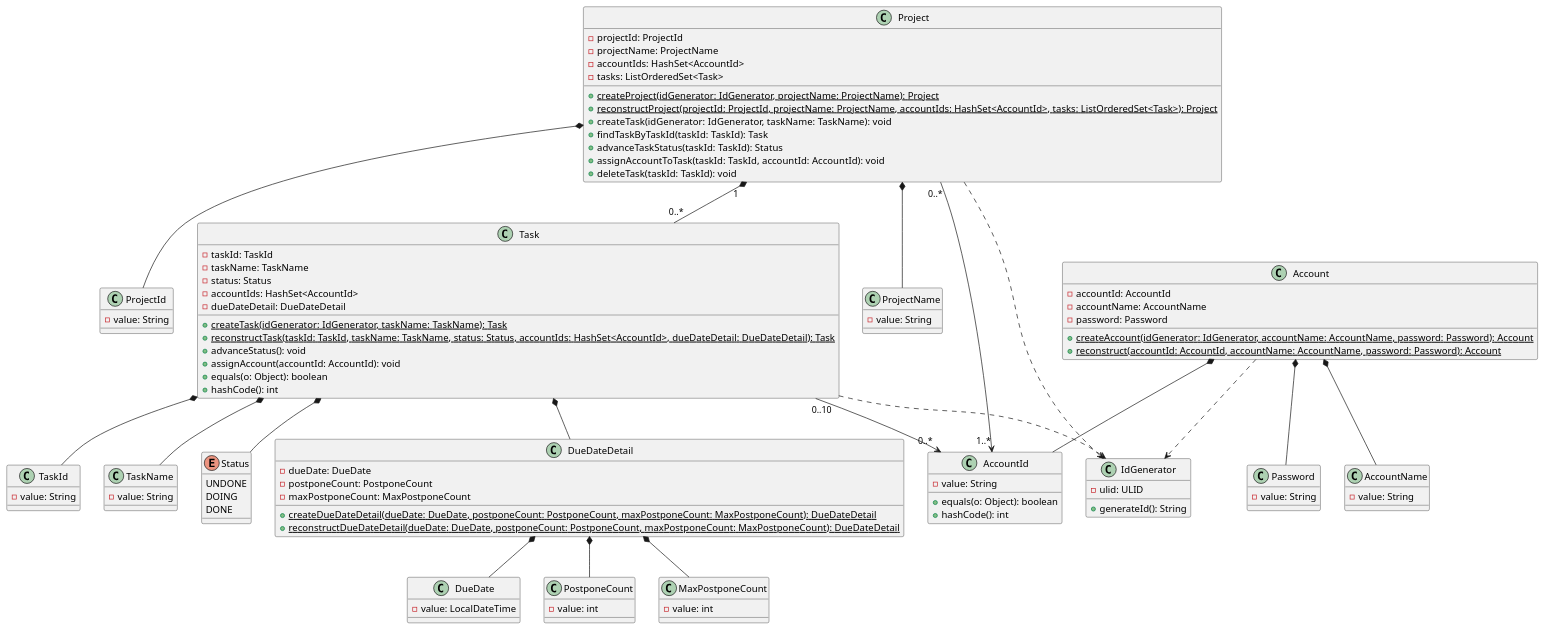
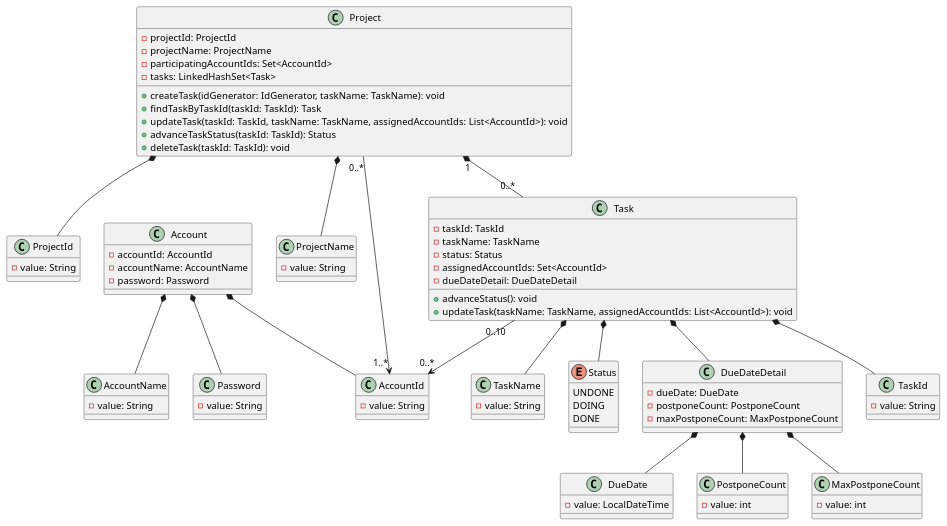
The diagram in uml/class.puml (ORIKAMIxNEP/playground), drawn with PlantUML before and after one commit.

```diff
--- a/uml/class.puml
+++ b/uml/class.puml
@@ -1,120 +1,100 @@
 @startuml
 class Account {
   - accountId: AccountId
   - accountName: AccountName
   - password: Password
-    {static} + createAccount(idGenerator: IdGenerator, accountName: AccountName, password: Password): Account
-    {static} + reconstruct(accountId: AccountId, accountName: AccountName, password: Password): Account
 }
 
 class AccountId {
   - value: String
-  + equals(o: Object): boolean
-  + hashCode(): int
 }
 
 class AccountName {
   - value: String
 }
 
 class Password {
   - value: String
 }
 
 Account *-- AccountId
 Account *-- AccountName
 Account *-- Password
-Account ..> IdGenerator
 
 class Project {
   - projectId: ProjectId
   - projectName: ProjectName
-  - accountIds: HashSet<AccountId>
-  - tasks: ListOrderedSet<Task>
-  {static} + createProject(idGenerator: IdGenerator, projectName: ProjectName): Project
-  {static} + reconstructProject(projectId: ProjectId, projectName: ProjectName, accountIds: HashSet<AccountId>, tasks: ListOrderedSet<Task>): Project
+  - participatingAccountIds: Set<AccountId>
+  - tasks: LinkedHashSet<Task>
   + createTask(idGenerator: IdGenerator, taskName: TaskName): void
   + findTaskByTaskId(taskId: TaskId): Task
+  + updateTask(taskId: TaskId, taskName: TaskName, assignedAccountIds: List<AccountId>): void
   + advanceTaskStatus(taskId: TaskId): Status
-  + assignAccountToTask(taskId: TaskId, accountId: AccountId): void
   + deleteTask(taskId: TaskId): void
 }
 
 class ProjectId {
   - value: String
 }
 
 class ProjectName {
   - value: String
 }
 
 Project *-- ProjectId
 Project *-- ProjectName
 Project "0..*" --> "1..*" AccountId
 Project "1" *-- "0..*" Task
-Project ..> IdGenerator
 
 class Task {
   - taskId: TaskId
   - taskName: TaskName
   - status: Status
-  - accountIds: HashSet<AccountId>
+  - assignedAccountIds: Set<AccountId>
   - dueDateDetail: DueDateDetail
-  {static} + createTask(idGenerator: IdGenerator, taskName: TaskName): Task
-  {static} + reconstructTask(taskId: TaskId, taskName: TaskName, status: Status, accountIds: HashSet<AccountId>, dueDateDetail: DueDateDetail): Task
   + advanceStatus(): void
-  + assignAccount(accountId: AccountId): void
-  + equals(o: Object): boolean
-  + hashCode(): int
+  + updateTask(taskName: TaskName, assignedAccountIds: List<AccountId>): void
 }
 
 class TaskId {
   - value: String
 }
 
 class TaskName {
   - value: String
 }
 
 enum Status {
   UNDONE
   DOING
   DONE
 }
 
 Task *-- TaskId
 Task *-- TaskName
 Task *-- Status
 Task "0..10" --> "0..*" AccountId
 Task *-- DueDateDetail
-Task ..> IdGenerator
 
 class DueDateDetail {
   - dueDate: DueDate
   - postponeCount: PostponeCount
   - maxPostponeCount: MaxPostponeCount
-    {static} + createDueDateDetail(dueDate: DueDate, postponeCount: PostponeCount, maxPostponeCount: MaxPostponeCount): DueDateDetail
-    {static} + reconstructDueDateDetail(dueDate: DueDate, postponeCount: PostponeCount, maxPostponeCount: MaxPostponeCount): DueDateDetail
 }
 
 class DueDate {
   - value: LocalDateTime
 }
 
 class PostponeCount {
   - value: int
 }
 
 class MaxPostponeCount {
   - value: int
 }
 
 DueDateDetail *-- DueDate
 DueDateDetail *-- PostponeCount
 DueDateDetail *-- MaxPostponeCount
-
-class IdGenerator {
-  - ulid: ULID
-  + generateId(): String
-}
 @enduml
```
